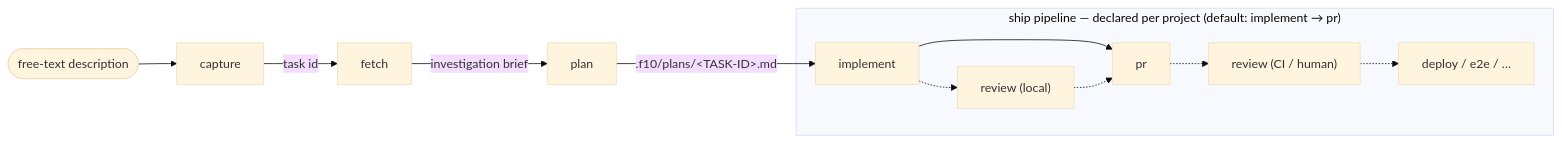
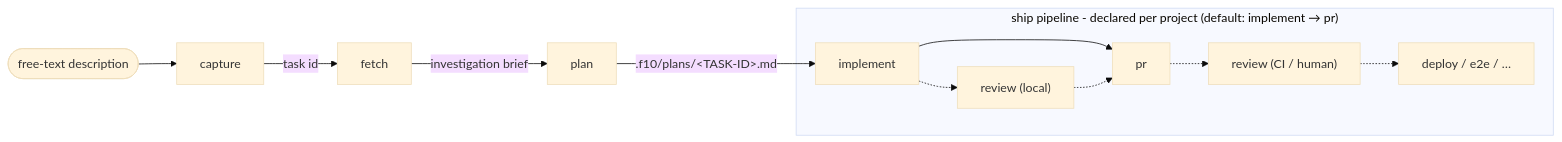
Before and after one commit to amberpixels/f10: the first of 2 diagrams in README.md, drawn with Mermaid (base theme). The commit also changed other lines of this file and 2 other files, not shown here.

````diff
--- a/README.md
+++ b/README.md
@@ -9,12 +24,12 @@
 ```mermaid
 flowchart LR
     desc(["free-text description"]) --> capSt[capture]
     capSt -->|task id| fetch[fetch]
     fetch -->|investigation brief| plan[plan]
     plan -->|".f10/plans/&lt;TASK-ID&gt;.md"| implement
-    subgraph shippipe ["ship pipeline — declared per project (default: implement → pr)"]
+    subgraph shippipe ["ship pipeline - declared per project (default: implement → pr)"]
         implement[implement] --> pr[pr]
         implement -.-> revL["review (local)"] -.-> pr
         pr -.-> revC["review (CI / human)"] -.-> deploy["deploy / e2e / …"]
     end
 ```
````
